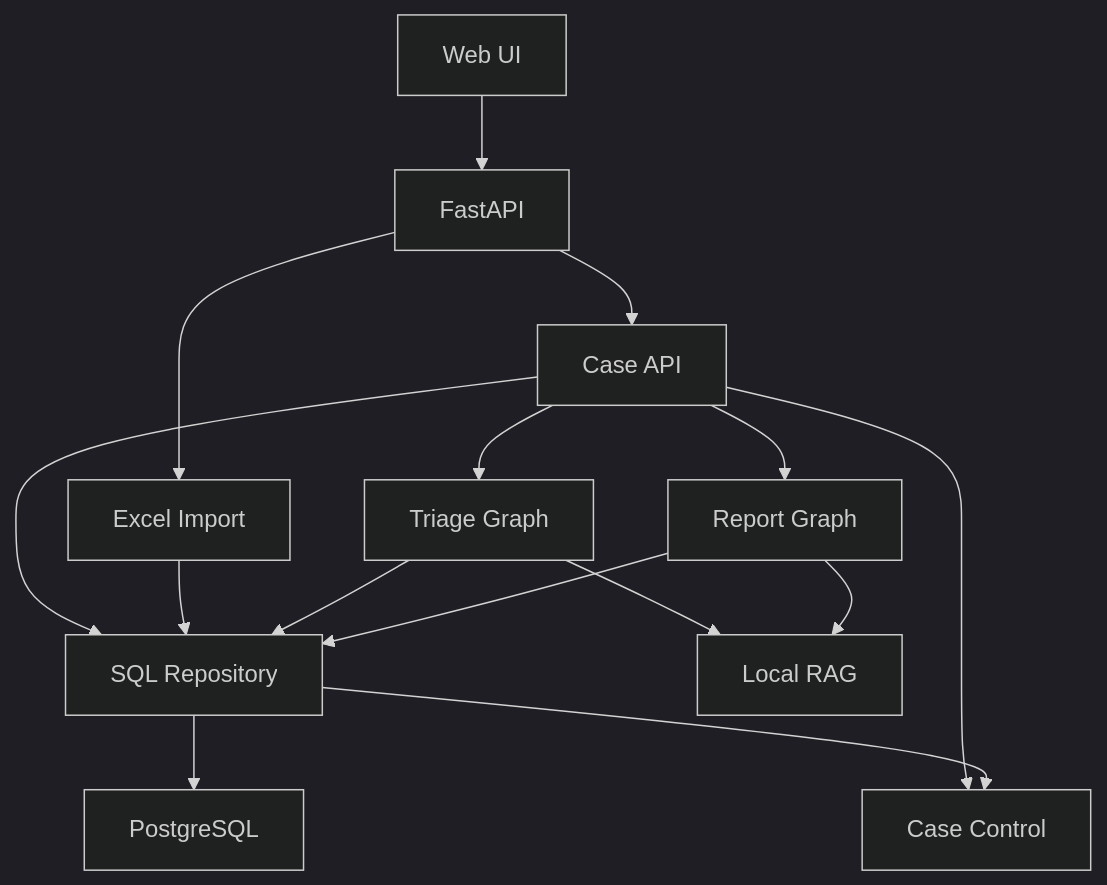
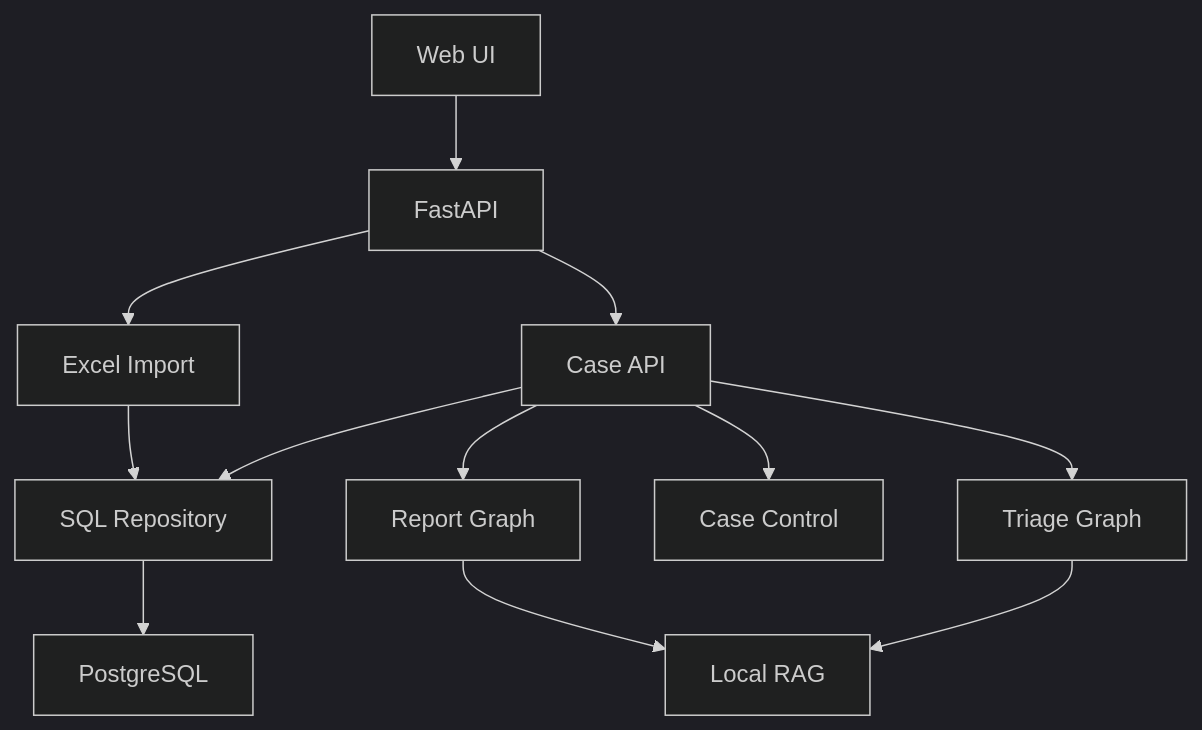
The first of 2 diagrams in README.md (Dnoniel-Ermolaev/VKR_OKR_2026), drawn with Mermaid (dark theme) before and after one commit. The commit also changed other lines of this file and 62 other files, not shown here.

````diff
--- a/README.md
+++ b/README.md
@@ -35,32 +443,25 @@
 ```mermaid
 flowchart TD
     A[Web UI]
     B[FastAPI]
     C[Case API]
     D[Excel Import]
     E[SQL Repository]
     F[PostgreSQL]
     G[Triage Graph]
     H[Case Control]
     I[Report Graph]
     J[Local RAG]
 
     A --> B
     B --> C
     B --> D
-
     C --> E
     D --> E
     E --> F
-
     C --> G
     C --> H
     C --> I
-
     G --> J
     I --> J
-
-    G --> E
-    I --> E
-    E --> H
 ```
````
